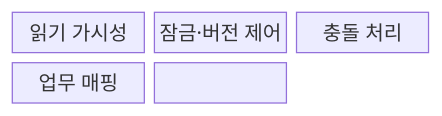
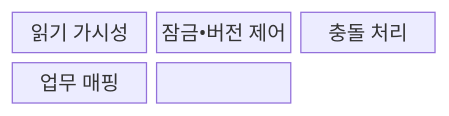
The first of 2 diagrams in src/content/docs/notes/03-software/086_transaction_isolation_levels.md (agnusdei1207/knowledge-base), drawn with Mermaid before and after one commit. The commit also changed other lines of this file and 953 other files, not shown here.

````diff
--- a/src/content/docs/notes/03-software/086_transaction_isolation_levels.md
+++ b/src/content/docs/notes/03-software/086_transaction_isolation_levels.md
@@ -70,9 +70,9 @@
 ```mermaid
 block
   columns 3
   V["읽기 가시성"]
-  C["잠금·버전 제어"]
+  C["잠금•버전 제어"]
   F["충돌 처리"]
   B["업무 매핑"]
   B --> V --> C --> F
 ```
````
